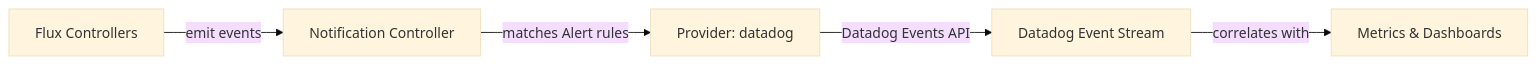
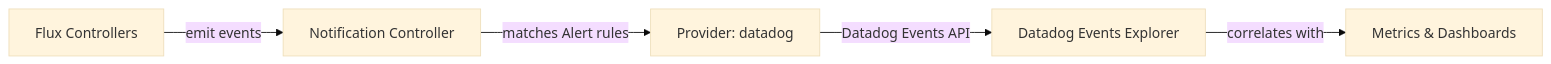
The diagram in posts/2026-03-05-flux-notification-provider-datadog/README.md (OneUptime/blog), drawn with Mermaid (base theme) before and after one commit. The commit also changed other lines of this file and 2 other files, not shown here.

Commit message:
validate: 2026-03-05-flux-notification-provider-datadog

````diff
--- a/posts/2026-03-05-flux-notification-provider-datadog/README.md
+++ b/posts/2026-03-05-flux-notification-provider-datadog/README.md
@@ -127,7 +128,7 @@
 ```mermaid
 graph LR
     A[Flux Controllers] -->|emit events| B[Notification Controller]
     B -->|matches Alert rules| C[Provider: datadog]
-    C -->|Datadog Events API| D[Datadog Event Stream]
+    C -->|Datadog Events API| D[Datadog Events Explorer]
     D -->|correlates with| E[Metrics & Dashboards]
 ```
````
